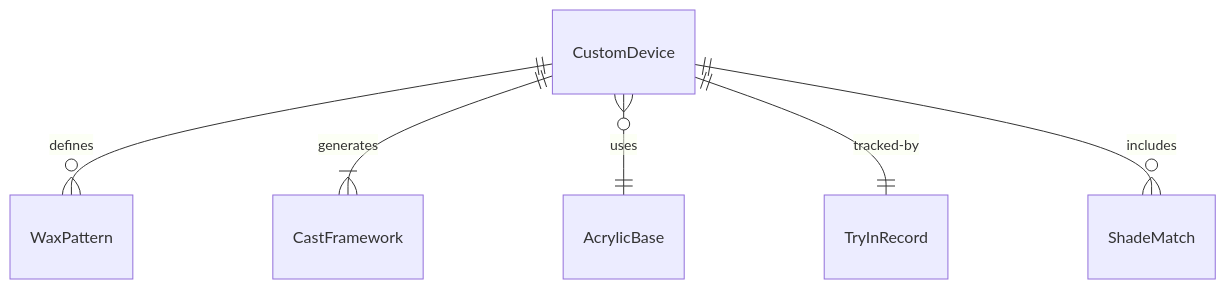
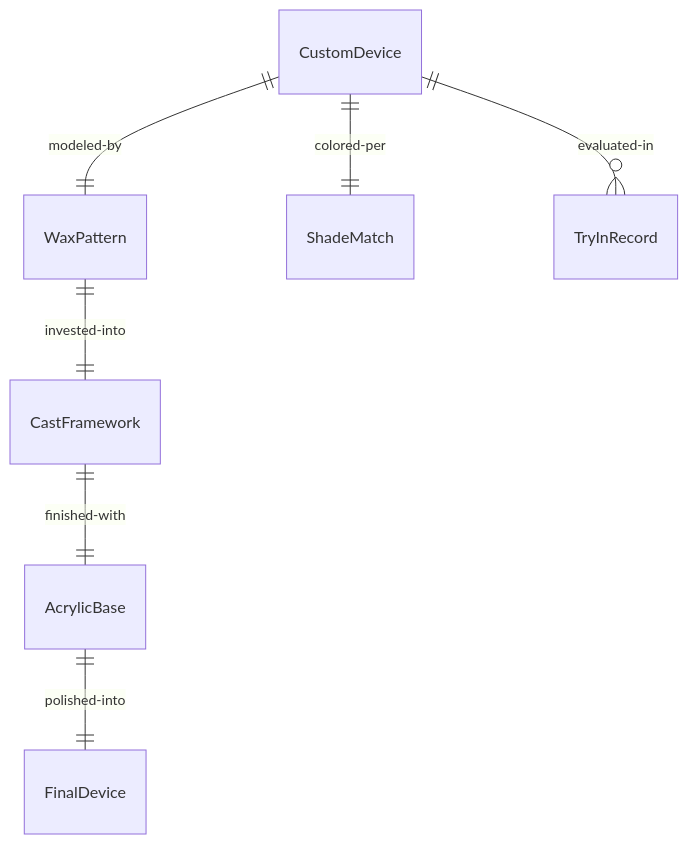
One commit to dot-org-ai/tasks.org.ai changed the first of 4 diagrams in HandlingAndMovingObjects/FabricateMedicalDevices/ConstructCustomizedAssistiveMedicalDental.mdx. Above: the diagram before and after it, drawn with Mermaid. The commit also changed other lines of this file and 515 other files, not shown here.

````diff
--- a/HandlingAndMovingObjects/FabricateMedicalDevices/ConstructCustomizedAssistiveMedicalDental.mdx
+++ b/HandlingAndMovingObjects/FabricateMedicalDevices/ConstructCustomizedAssistiveMedicalDental.mdx
@@ -90,8 +90,9 @@
 ```mermaid
 erDiagram
-    CustomDevice ||--o{ WaxPattern : "defines"
-    CustomDevice ||--|{ CastFramework : "generates"
-    CustomDevice }o--|| AcrylicBase : "uses"
-    CustomDevice ||--|| TryInRecord : "tracked-by"
-    CustomDevice ||--o{ ShadeMatch : "includes"
+    CustomDevice ||--|| WaxPattern : "modeled-by"
+    WaxPattern ||--|| CastFramework : "invested-into"
+    CastFramework ||--|| AcrylicBase : "finished-with"
+    CustomDevice ||--|| ShadeMatch : "colored-per"
+    CustomDevice ||--o{ TryInRecord : "evaluated-in"
+    AcrylicBase ||--|| FinalDevice : "polished-into"
 ```
````
